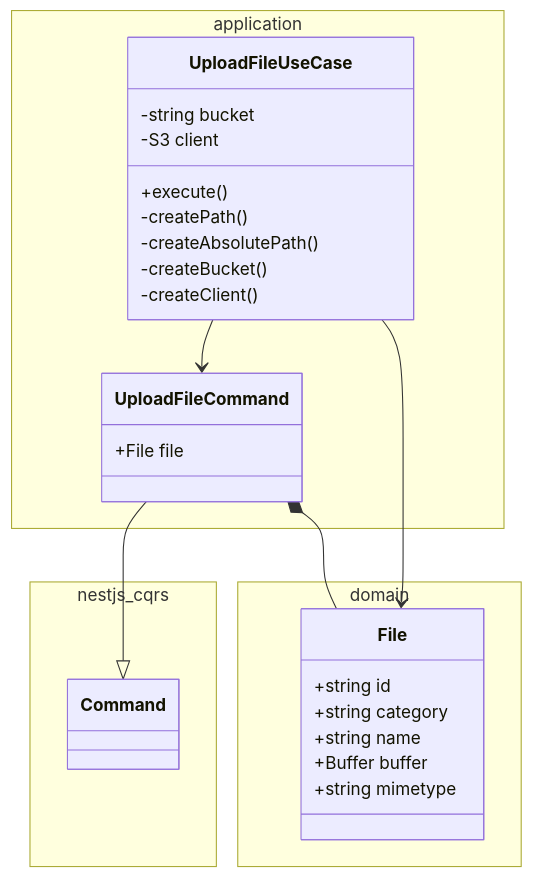
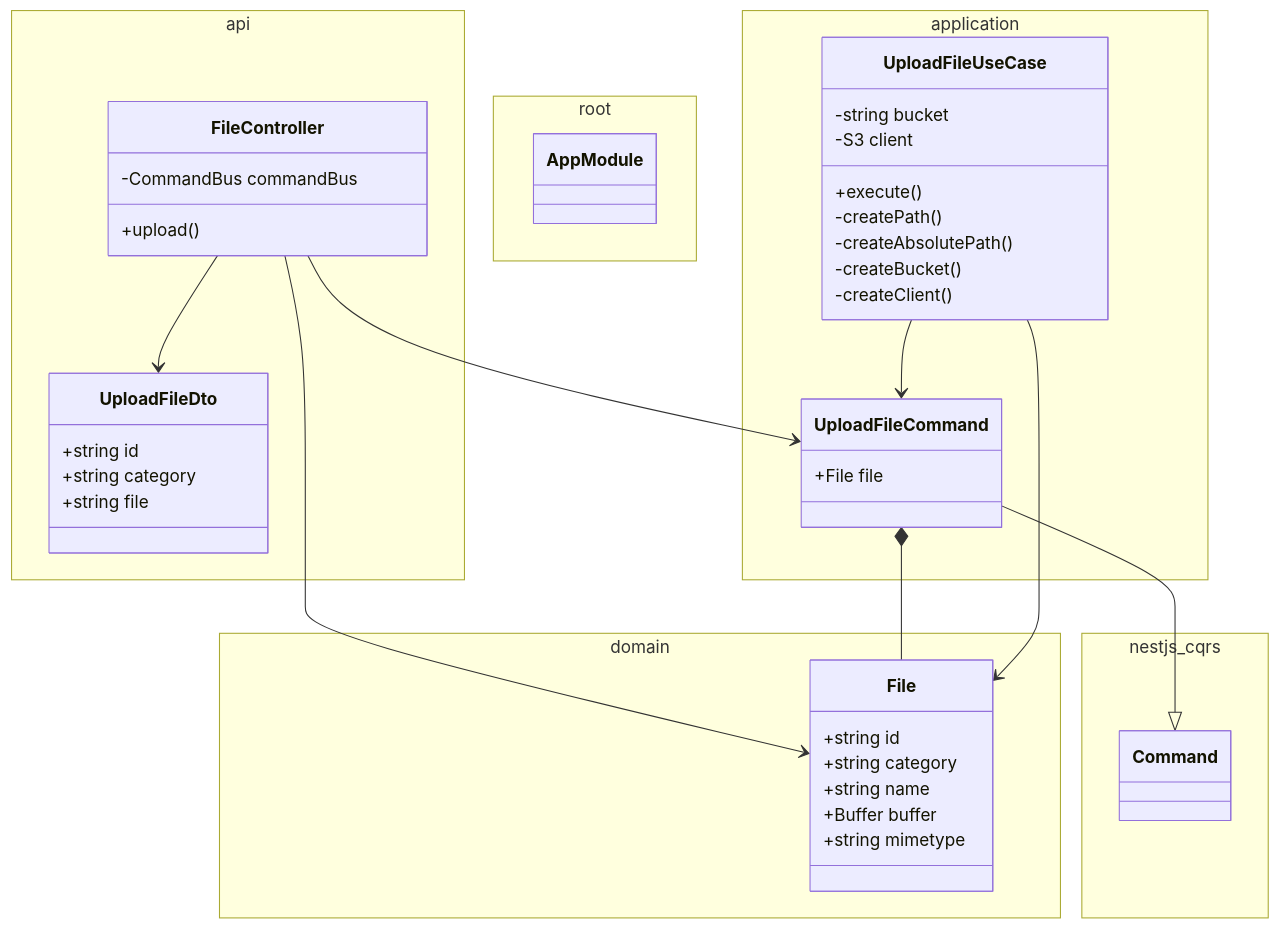
The diagram in services/vault-service/README.md (pslotinsky/decay-of-magic), drawn with Mermaid before and after one commit. The commit also changed other lines of this file and 20 other files, not shown here.

````diff
--- a/services/vault-service/README.md
+++ b/services/vault-service/README.md
@@ -50,34 +8,51 @@
 ```mermaid
 classDiagram
+  namespace api {
+    class FileController {
+      -CommandBus commandBus
+      +upload()
+    }
+    class UploadFileDto {
+      +string id
+      +string category
+      +string file
+    }
+  }
   namespace application {
     class UploadFileCommand {
       +File file
     }
     class UploadFileUseCase {
       -string bucket
       -S3 client
       +execute()
       -createPath()
       -createAbsolutePath()
       -createBucket()
       -createClient()
     }
   }
   namespace domain {
     class File {
       +string id
       +string category
       +string name
       +Buffer buffer
       +string mimetype
     }
   }
+  namespace root {
+    class AppModule
+  }
   namespace nestjs_cqrs {
     class Command
   }
 
+  FileController --> UploadFileDto
+  FileController --> UploadFileCommand
+  FileController --> File
   UploadFileCommand --|> Command
   UploadFileCommand *-- File
   UploadFileUseCase --> UploadFileCommand
   UploadFileUseCase --> File
 ```
````
